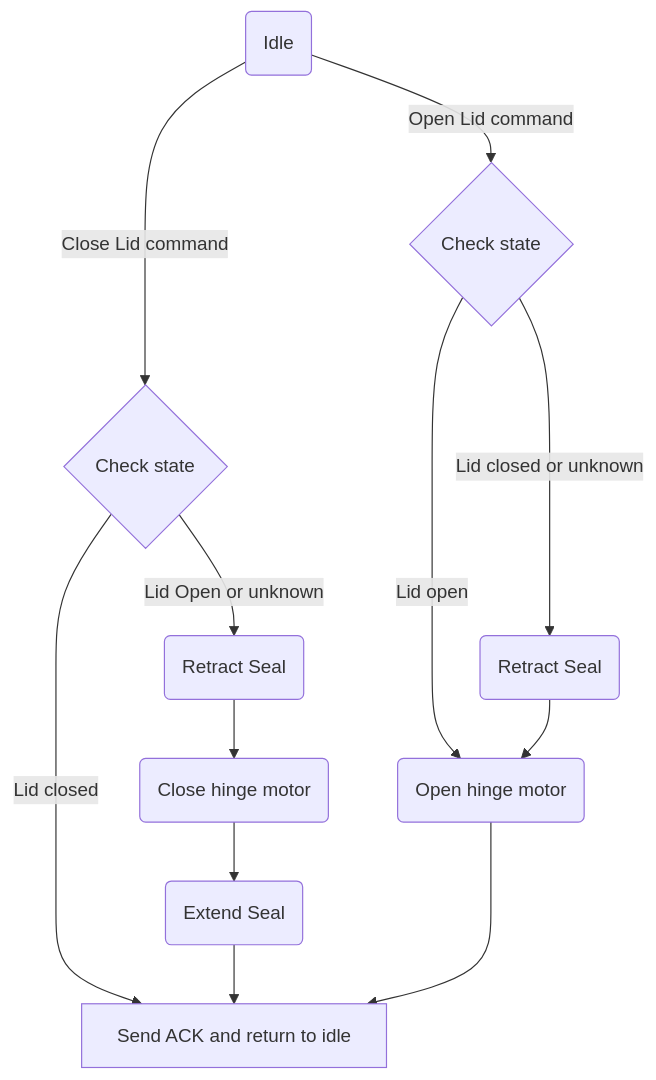
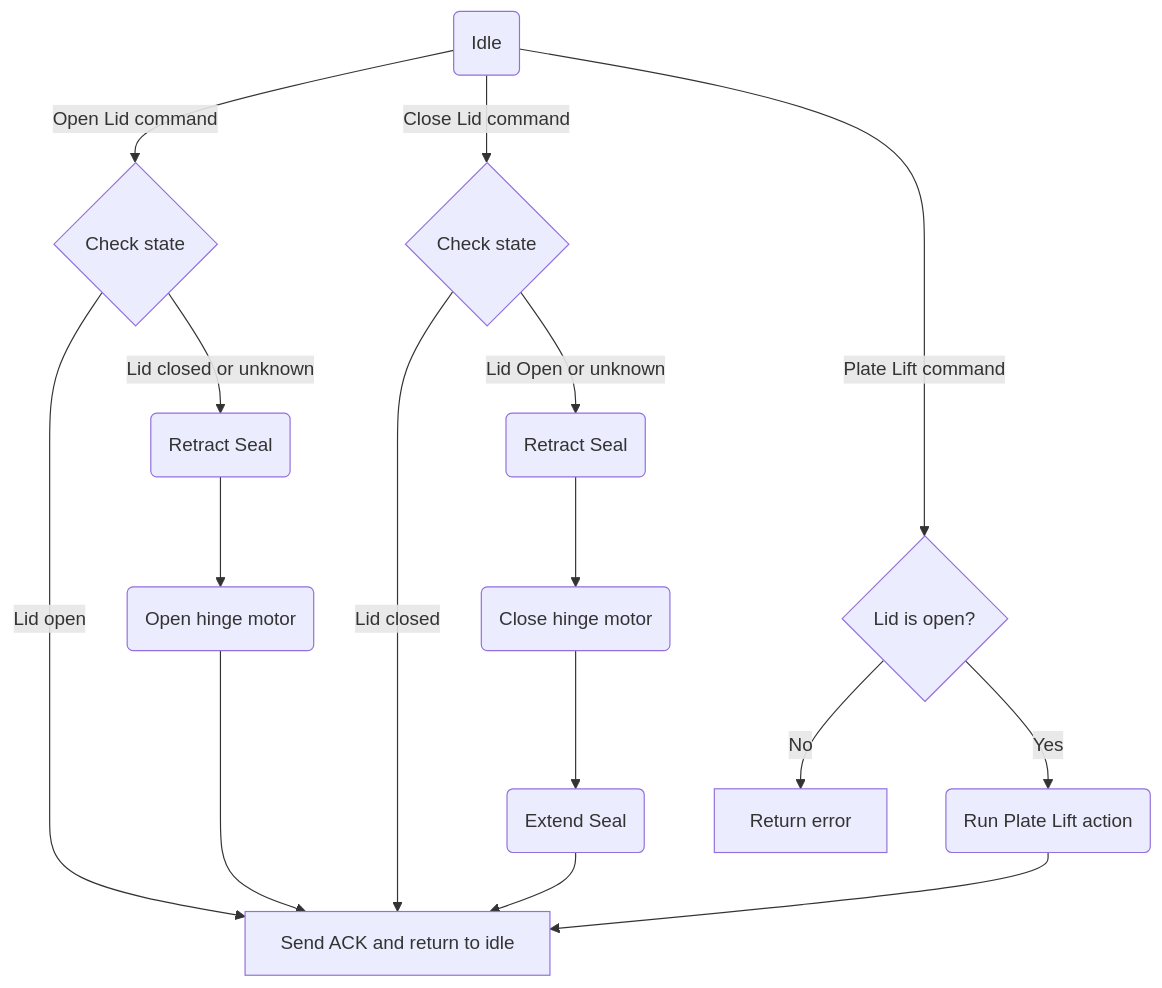
Before and after one commit to Opentrons/opentrons-modules: the first of 3 diagrams in stm32-modules/thermocycler-gen2/firmware/motor_task/README.md, drawn with Mermaid. The commit also changed other lines of this file and 10 other files, not shown here.

First line of the commit message:
feat(thermocycler-gen2): split Plate Lift into its own command (#291)

````diff
--- a/stm32-modules/thermocycler-gen2/firmware/motor_task/README.md
+++ b/stm32-modules/thermocycler-gen2/firmware/motor_task/README.md
@@ -6,25 +6,31 @@
 ```mermaid
 graph TD
     A(Idle)
     C{Check state}
     D{Check state}
     F(Retract Seal)
     Falt(Retract Seal)
     G(Extend Seal)
     E[Send ACK and return to idle]
     H(Open hinge motor)
     I(Close hinge motor)
 
+    LiftCheck{Lid is open?}
+    LiftFail[Return error]
+    LiftRun(Run Plate Lift action)
 
     A -->|Open Lid command| C
     A -->|Close Lid command| D
-    C ---->|Lid open| H
+    C ---->|Lid open| E
     D ---->|Lid closed| E
     C -->|Lid closed or unknown| F
     D -->|Lid Open or unknown| Falt
     F --> H 
     Falt --> I
     I --> G 
     G --> E
     H ---> E
+    A -->|Plate Lift command| LiftCheck
+    LiftCheck -->|No| LiftFail
+    LiftCheck -->|Yes| LiftRun --> E
 ```
````
